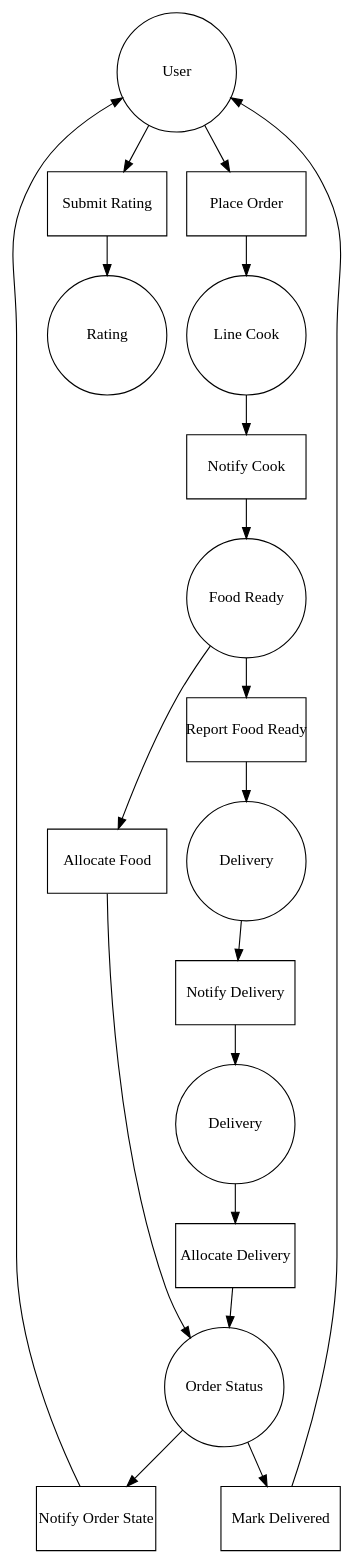
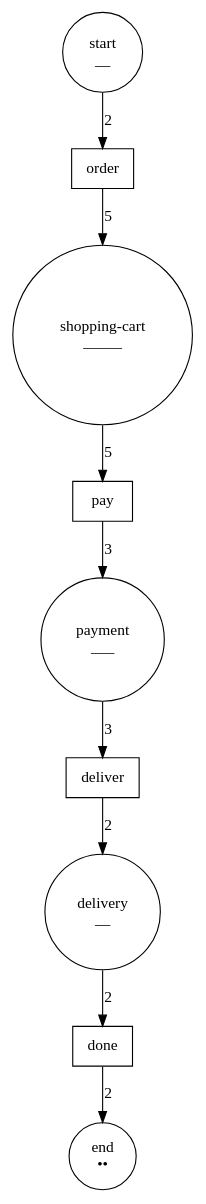
Before and after one commit to iandebeer/gleibnif: the diagram in petrinet4.dot, drawn with Graphviz. The commit also changed 14 other files, not shown here.

```diff
--- a/petrinet4.dot
+++ b/petrinet4.dot
@@ -1,46 +1,20 @@
-digraph petri_net {
-  rankdir = TD;
-  node [shape=circle, fixedsize=true, width=1.5];
+digraph G {
+0 [label="payment\n___\n" shape=circle]
+1 [label="end\n••\n" shape=circle]
+2 [label="order" shape=box]
+3 [label="pay" shape=box]
+4 [label="shopping-cart\n_____\n" shape=circle]
+5 [label="done" shape=box]
+6 [label="delivery\n__\n" shape=circle]
+7 [label="start\n__\n" shape=circle]
+8 [label="deliver" shape=box]
 
-  // Places
-  place_user [label="User"];
-  place_line_cook [label="Line Cook"];
-  place_food_ready [label="Food Ready"];
-  place_delivery [label="Delivery"];
-  place_order_status [label="Order Status"];
-  place_rating [label="Rating"];
-  place_delivery_unit [label="Delivery"];
-
-  // Transitions
-  node [shape=rectangle, fixedsize=true, width=1.5, height=0.8];
-
-  transition_place_order [label="Place Order"];
-  transition_notify_cook [label="Notify Cook"];
-  transition_allocate_food [label="Allocate Food"];
-  transition_notify_order_status [label="Notify Order State"];
-  transition_report_food_ready [label="Report Food Ready"];
-  transition_notify_delivery [label="Notify Delivery"];
-  transition_allocate_delivery_unit [label="Allocate Delivery"];
-  transition_mark_delivered [label="Mark Delivered"];
-  transition_submit_rating [label="Submit Rating"];
-
-  // Arcs
-  place_user -> transition_place_order;
-  transition_place_order -> place_line_cook;
-  place_line_cook -> transition_notify_cook;
-  transition_notify_cook -> place_food_ready;
-  place_food_ready -> transition_allocate_food;
-  transition_allocate_food -> place_order_status;
-  place_order_status -> transition_notify_order_status;
-  transition_notify_order_status -> place_user;
-  place_food_ready -> transition_report_food_ready;
-  transition_report_food_ready -> place_delivery;
-  place_delivery -> transition_notify_delivery;
-  transition_notify_delivery -> place_delivery_unit;
-  place_delivery_unit -> transition_allocate_delivery_unit;
-  transition_allocate_delivery_unit -> place_order_status;
-  place_order_status -> transition_mark_delivered;
-  transition_mark_delivered -> place_user;
-  place_user -> transition_submit_rating;
-  transition_submit_rating -> place_rating;
+0 -> 8 [label="3" ] 
+2 -> 4 [label="5" ] 
+3 -> 0 [label="3" ] 
+4 -> 3 [label="5" ] 
+5 -> 1 [label="2" ] 
+6 -> 5 [label="2" ] 
+7 -> 2 [label="2" ] 
+8 -> 6 [label="2" ] 
 }
```
